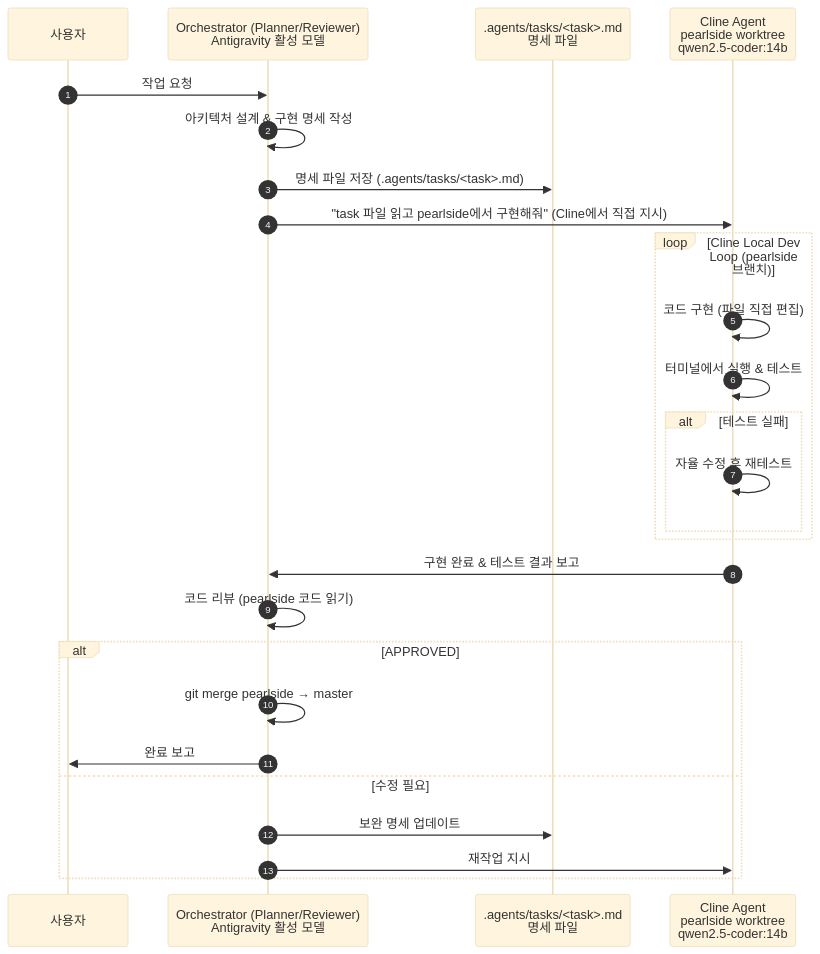
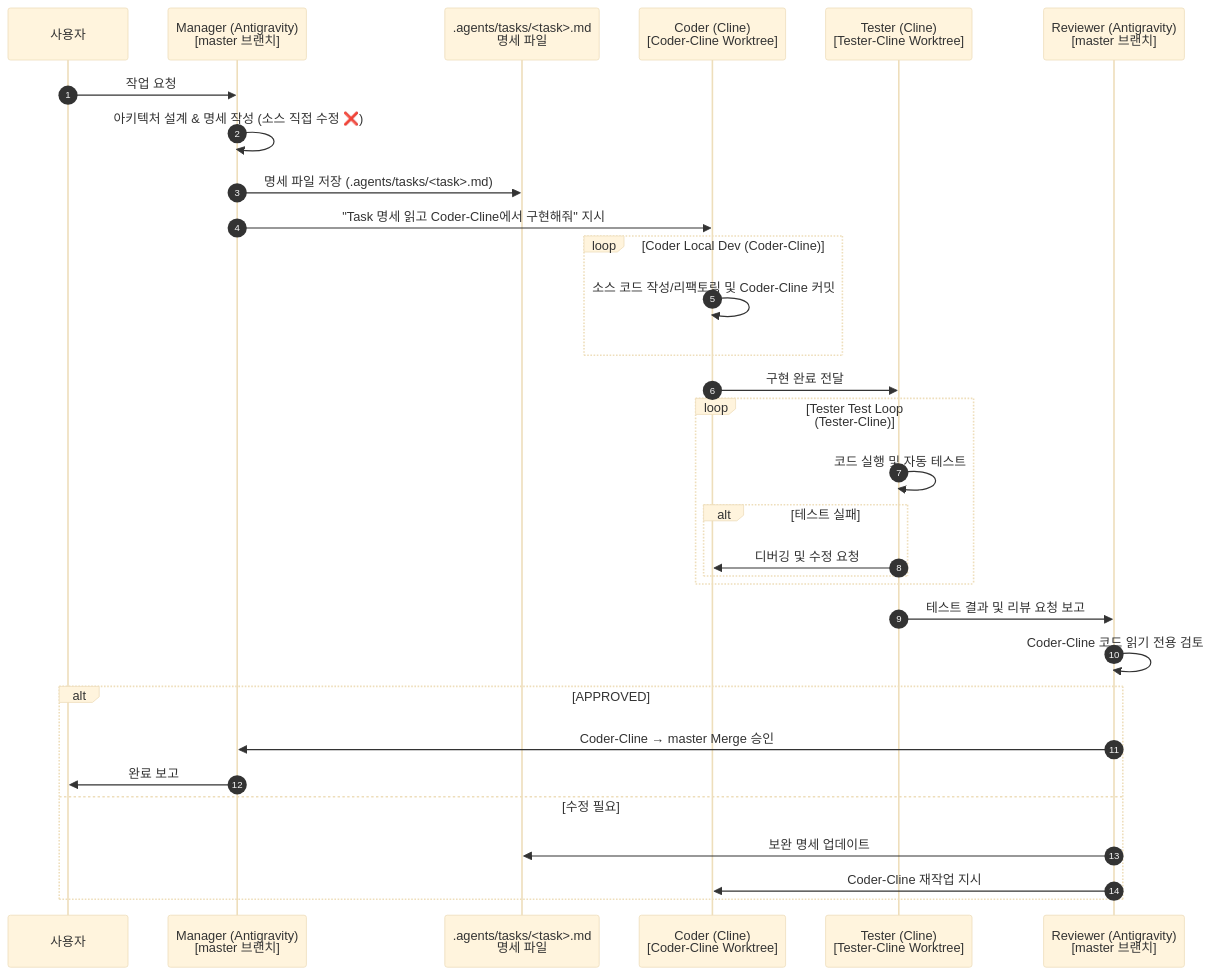
One commit to Younseob/my_stock_auto changed the diagram in AGENTS.md. Above: the diagram before and after it, drawn with Mermaid (base theme). The commit also changed other lines of this file and 1 other file, not shown here.

Commit message:
docs(governance): enforce 100% mandatory multi-role isolation rules across all agents

````diff
--- a/AGENTS.md
+++ b/AGENTS.md
@@ -41,31 +48,37 @@
 ```mermaid
 sequenceDiagram
     autonumber
     participant User as 사용자
-    participant Orch as Orchestrator (Planner/Reviewer)<br/>Antigravity 활성 모델
+    participant Manager as Manager (Antigravity)<br/>[master 브랜치]
     participant Task as .agents/tasks/<task>.md<br/>명세 파일
-    participant Cline as Cline Agent<br/>pearlside worktree<br/>qwen2.5-coder:14b
+    participant Coder as Coder (Cline)<br/>[Coder-Cline Worktree]
+    participant Tester as Tester (Cline)<br/>[Tester-Cline Worktree]
+    participant Reviewer as Reviewer (Antigravity)<br/>[master 브랜치]
 
-    User->>Orch: 작업 요청
-    Orch->>Orch: 아키텍처 설계 & 구현 명세 작성
-    Orch->>Task: 명세 파일 저장 (.agents/tasks/<task>.md)
-    Orch->>Cline: "task 파일 읽고 pearlside에서 구현해줘" (Cline에서 직접 지시)
+    User->>Manager: 작업 요청
+    Manager->>Manager: 아키텍처 설계 & 명세 작성 (소스 직접 수정 ❌)
+    Manager->>Task: 명세 파일 저장 (.agents/tasks/<task>.md)
+    Manager->>Coder: "Task 명세 읽고 Coder-Cline에서 구현해줘" 지시
 
-    loop Cline Local Dev Loop (pearlside 브랜치)
-        Cline->>Cline: 코드 구현 (파일 직접 편집)
-        Cline->>Cline: 터미널에서 실행 & 테스트
+    loop Coder Local Dev (Coder-Cline)
+        Coder->>Coder: 소스 코드 작성/리팩토링 및 Coder-Cline 커밋
+    end
+
+    Coder->>Tester: 구현 완료 전달
+    loop Tester Test Loop (Tester-Cline)
+        Tester->>Tester: 코드 실행 및 자동 테스트
         alt 테스트 실패
-            Cline->>Cline: 자율 수정 후 재테스트
+            Tester->>Coder: 디버깅 및 수정 요청
         end
     end
 
-    Cline->>Orch: 구현 완료 & 테스트 결과 보고
-    Orch->>Orch: 코드 리뷰 (pearlside 코드 읽기)
+    Tester->>Reviewer: 테스트 결과 및 리뷰 요청 보고
+    Reviewer->>Reviewer: Coder-Cline 코드 읽기 전용 검토
     alt APPROVED
-        Orch->>Orch: git merge pearlside → master
-        Orch->>User: 완료 보고
+        Reviewer->>Manager: Coder-Cline → master Merge 승인
+        Manager->>User: 완료 보고
     else 수정 필요
-        Orch->>Task: 보완 명세 업데이트
-        Orch->>Cline: 재작업 지시
+        Reviewer->>Task: 보완 명세 업데이트
+        Reviewer->>Coder: Coder-Cline 재작업 지시
     end
 ```
````
